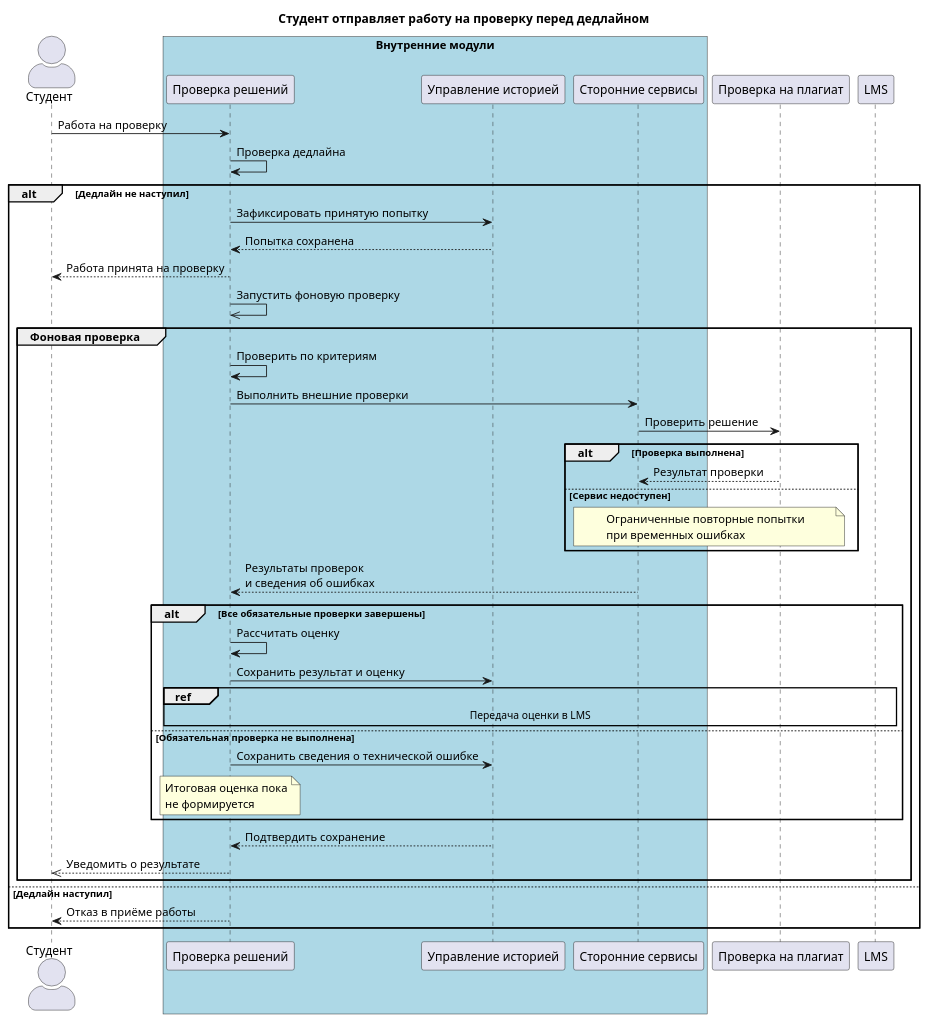
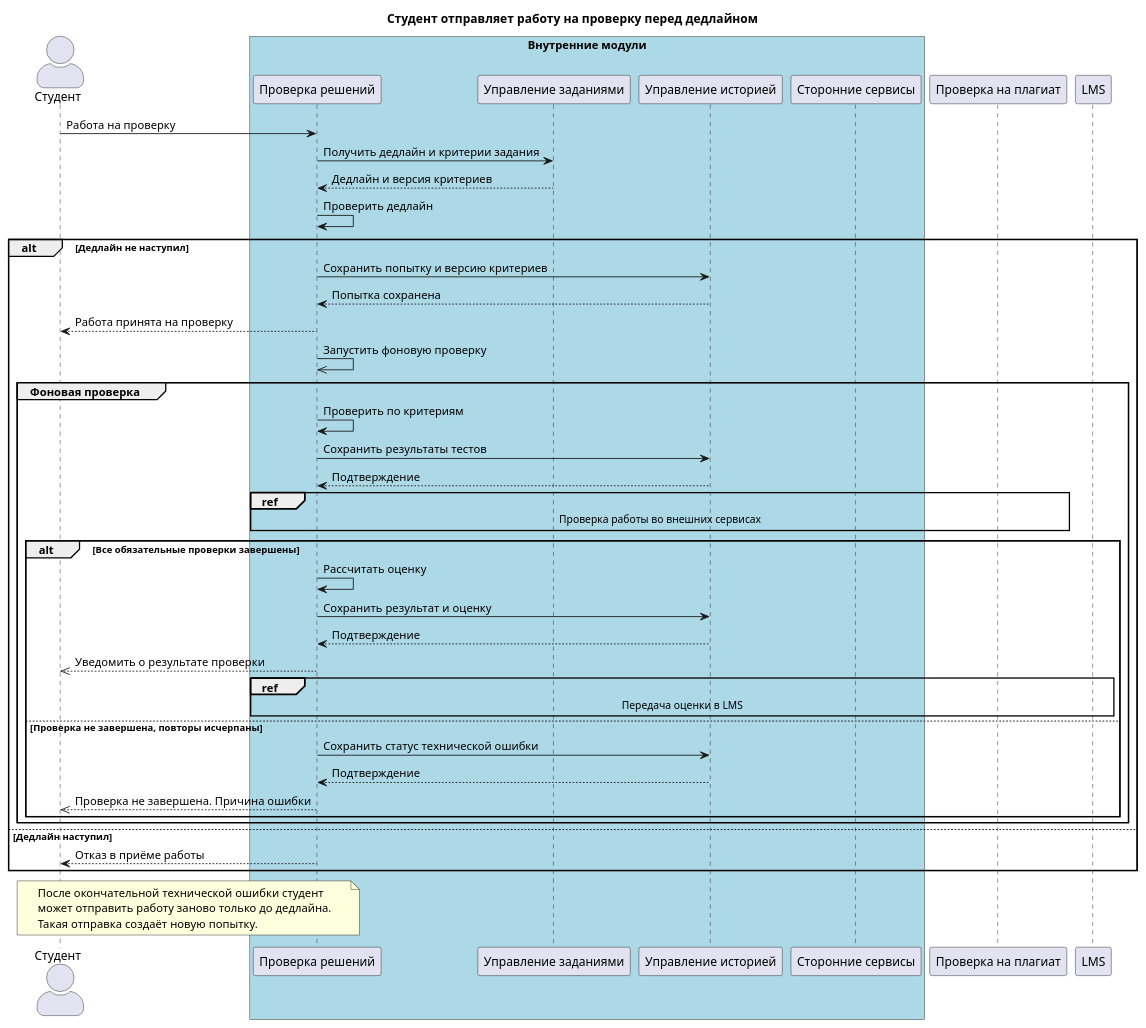
The first of 4 diagrams in HW3/diagram_code.md (uHiderovich/otus-arch-po), drawn with PlantUML before and after one commit. The commit also changed other lines of this file and 5 other files, not shown here.

````diff
--- a/HW3/diagram_code.md
+++ b/HW3/diagram_code.md
@@ -3,69 +3,65 @@
 ```plantuml
 @startuml
 title Студент отправляет работу на проверку перед дедлайном
 skinparam actorStyle awesome
 
 actor "Студент" as Student
 
 box "Внутренние модули" #LightBlue
     participant "Проверка решений" as Check
+    participant "Управление заданиями" as Tasks
     participant "Управление историей" as History
     participant "Сторонние сервисы" as External
 end box
 
 participant "Проверка на плагиат" as Pl
 participant "LMS" as LMS
 
 Student -> Check : Работа на проверку
-
-Check -> Check : Проверка дедлайна
+Check -> Tasks : Получить дедлайн и критерии задания
+Tasks --> Check : Дедлайн и версия критериев
+Check -> Check : Проверить дедлайн
 
 alt Дедлайн не наступил
-    Check -> History : Зафиксировать принятую попытку
+    Check -> History : Сохранить попытку и версию критериев
     History --> Check : Попытка сохранена
-
     Check --> Student : Работа принята на проверку
 
     Check ->> Check : Запустить фоновую проверку
 
     group Фоновая проверка
         Check -> Check : Проверить по критериям
-        Check -> External : Выполнить внешние проверки
+        Check -> History : Сохранить результаты тестов
+        History --> Check : Подтверждение
 
-        External -> Pl : Проверить решение
-
-        alt Проверка выполнена
-		    Pl --> External : Результат проверки
-		else Сервис недоступен
-		    note over External, Pl
-		        Ограниченные повторные попытки
-		        при временных ошибках
-		    end note
-		end
-
-        External --> Check : Результаты проверок\nи сведения об ошибках
+        ref over Check, History, External, Pl
+            Проверка работы во внешних сервисах
+        end ref
 
         alt Все обязательные проверки завершены
-		    Check -> Check : Рассчитать оценку
-		    Check -> History : Сохранить результат и оценку
+            Check -> Check : Рассчитать оценку
+            Check -> History : Сохранить результат и оценку
+            History --> Check : Подтверждение
+            Check -->> Student : Уведомить о результате проверки
 
-			ref over Check, History, LMS
-		        Передача оценки в LMS
-		    end ref
-		else Обязательная проверка не выполнена
-		    Check -> History : Сохранить сведения о технической ошибке
-		    note over Check
-		        Итоговая оценка пока
-		        не формируется
-		    end note
-		end
-
-        History --> Check : Подтвердить сохранение
-        Check -->> Student : Уведомить о результате
+            ref over Check, History, LMS
+                Передача оценки в LMS
+            end ref
+        else Проверка не завершена, повторы исчерпаны
+            Check -> History : Сохранить статус технической ошибки
+            History --> Check : Подтверждение
+            Check -->> Student : Проверка не завершена. Причина ошибки
+        end
     end
 
 else Дедлайн наступил
     Check --> Student : Отказ в приёме работы
 end
+
+note over Student, Check
+    После окончательной технической ошибки студент
+    может отправить работу заново только до дедлайна.
+    Такая отправка создаёт новую попытку.
+end note
 @enduml
 ```
````
